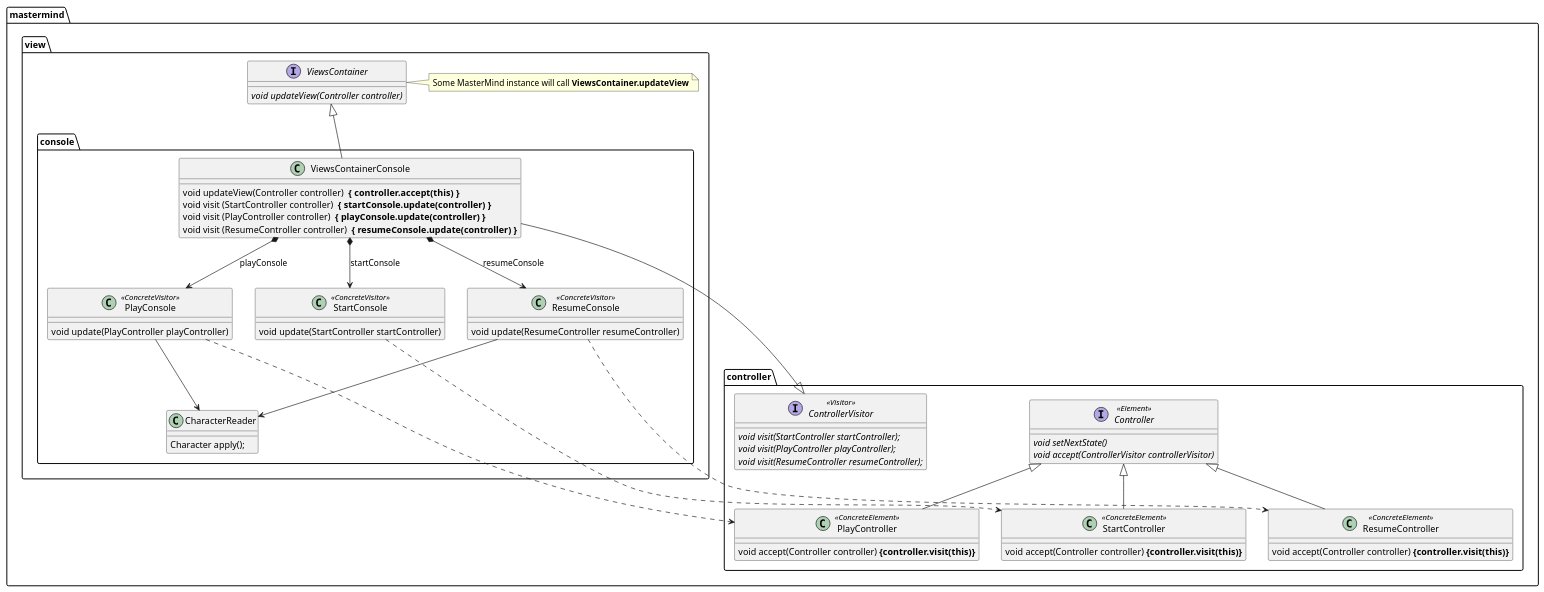
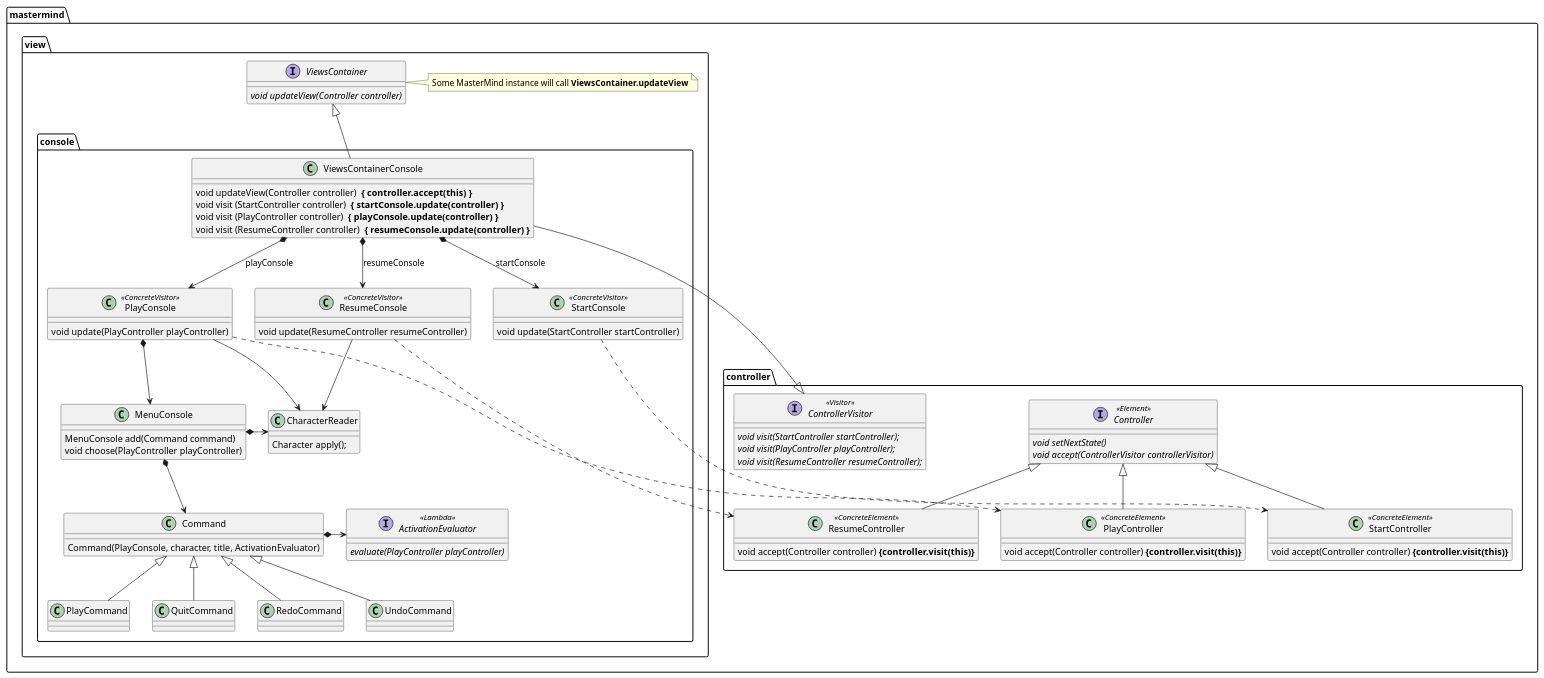
One commit to ciscoruiz/mastermind changed the diagram in doc/mastermind.view.puml. Above: the diagram before and after it, drawn with PlantUML.

Commit message:
Show view.Command diagram

```diff
--- a/doc/mastermind.view.puml
+++ b/doc/mastermind.view.puml
@@ -1,82 +1,105 @@
 @startuml
 
 package mastermind.view {
 interface ViewsContainer {
    {abstract} void updateView(Controller controller)
 }
 note right: Some MasterMind instance will call <b>ViewsContainer.updateView</b>
 }
 
 package mastermind.controller {
    interface Controller <<Element>>{
       {abstract} void setNextState()
       {abstract} void accept(ControllerVisitor controllerVisitor)
    }
 
    interface StartController <<ConcreteElement>>
    interface PlayController <<ConcreteElement>>
    interface ResumeController <<ConcreteElement>>
 
    Controller <|-- StartController
    Controller <|-- PlayController
    Controller <|-- ResumeController
 
    class StartController {
       void accept(Controller controller) <b>{controller.visit(this)}</b>
    }
 
    class PlayController {
       void accept(Controller controller) <b>{controller.visit(this)}</b>
    }
 
    class ResumeController {
       void accept(Controller controller) <b>{controller.visit(this)}</b>
    }
 
    interface ControllerVisitor <<Visitor>> {
       {abstract} void visit(StartController startController);
       {abstract} void visit(PlayController playController);
       {abstract} void visit(ResumeController resumeController);
    }
 }
 
 package mastermind.view.console {
    class CharacterReader {
        Character apply();
    }
 
    class ViewsContainerConsole {
        void updateView(Controller controller) <b> { controller.accept(this) }</b>
        void visit (StartController controller) <b> { startConsole.update(controller) }</b>
        void visit (PlayController controller) <b> { playConsole.update(controller) }</b>
        void visit (ResumeController controller) <b> { resumeConsole.update(controller) }</b>
    }
 
    class StartConsole <<ConcreteVisitor>> {
        void update(StartController startController)
    }
    class PlayConsole <<ConcreteVisitor>> {
        void update(PlayController playController)
    }
    class ResumeConsole <<ConcreteVisitor>> {
        void update(ResumeController resumeController)
    }
+
+   interface ActivationEvaluator <<Lambda>>{
+      {abstract} evaluate(PlayController playController)
+   }
+
+   class MenuConsole {
+      MenuConsole add(Command command)
+      void choose(PlayController playController)
+   }
+   class Command {
+      Command(PlayConsole, character, title, ActivationEvaluator)
+   }
+
+   PlayConsole *--> MenuConsole
+
+   MenuConsole *--> Command
+   MenuConsole *-left-> CharacterReader
+
+   Command <|-- PlayCommand
+   Command <|-- QuitCommand
+   Command <|-- RedoCommand
+   Command <|-- UndoCommand
+   Command *-right-> ActivationEvaluator
 }
 
 ViewsContainer <|-- ViewsContainerConsole
 ControllerVisitor <|-- ViewsContainerConsole
 
 ViewsContainerConsole *--> StartConsole : startConsole
 ViewsContainerConsole *--> PlayConsole : playConsole
 ViewsContainerConsole *--> ResumeConsole : resumeConsole
 
 
 PlayConsole --> CharacterReader
 ResumeConsole --> CharacterReader
 
 StartConsole -[dashed]--> StartController
 PlayConsole -[dashed]--> PlayController
 ResumeConsole -[dashed]--> ResumeController
 
 
 @enduml
```
